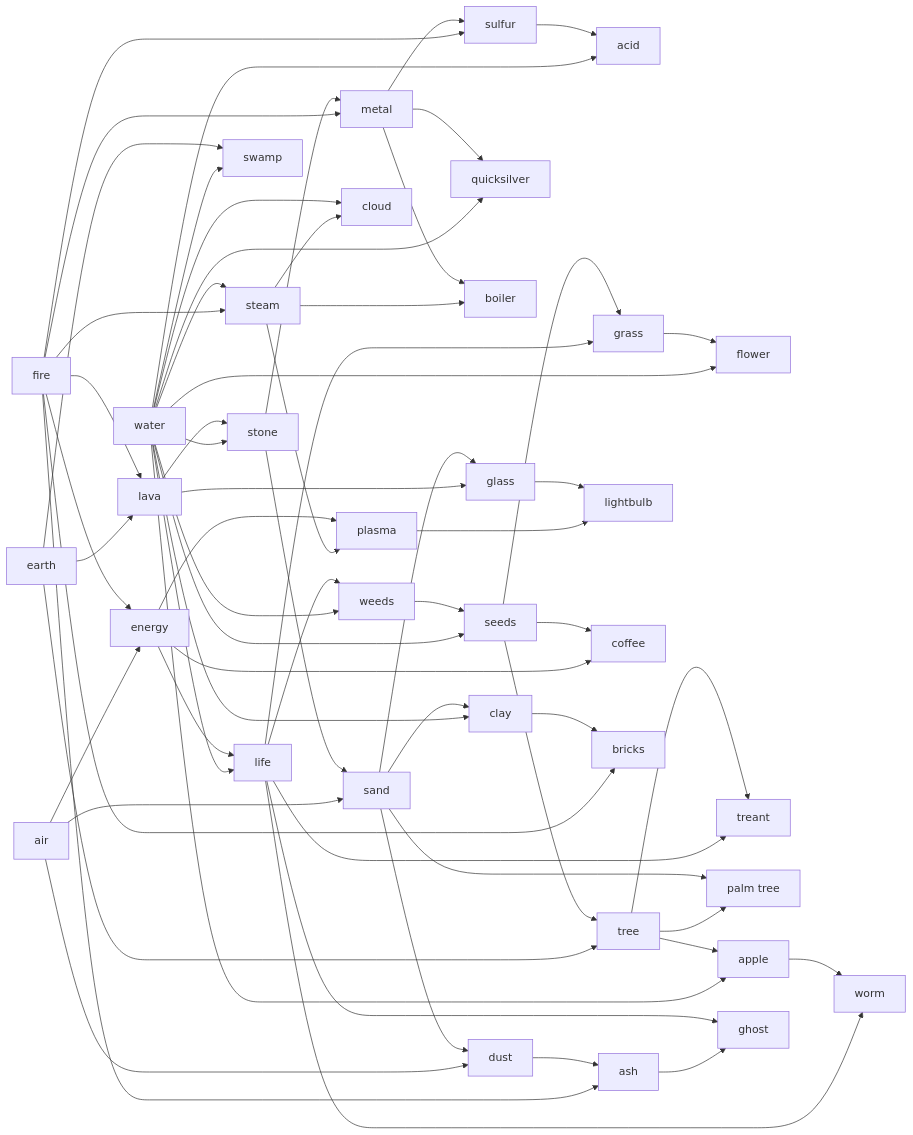
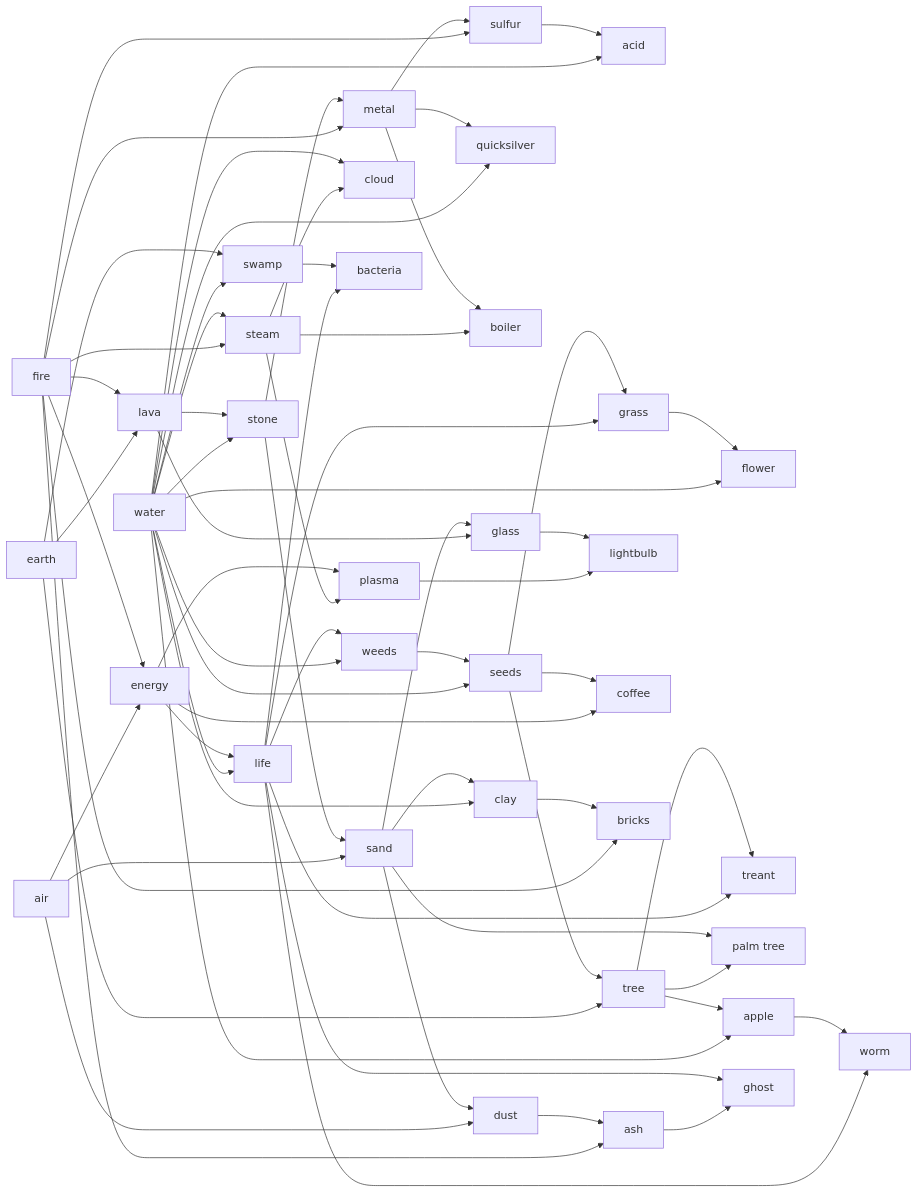
The diagram in README.md (res0nat0r/doodle-god), drawn with Mermaid before and after one commit.

Commit message:
bacteria

````diff
--- a/README.md
+++ b/README.md
@@ -96,4 +96,7 @@
 
 life --> ghost
 ash --> ghost
+
+swamp --> bacteria
+life --> bacteria
 ```
````
